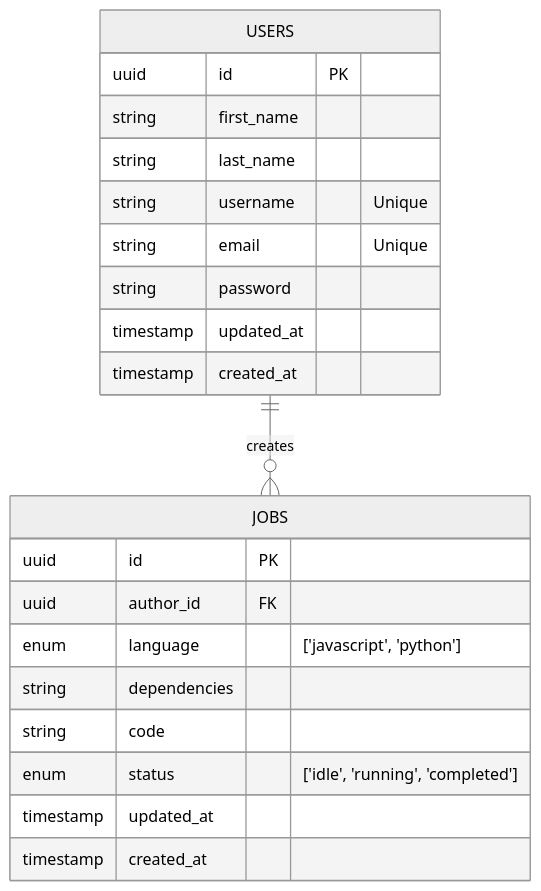
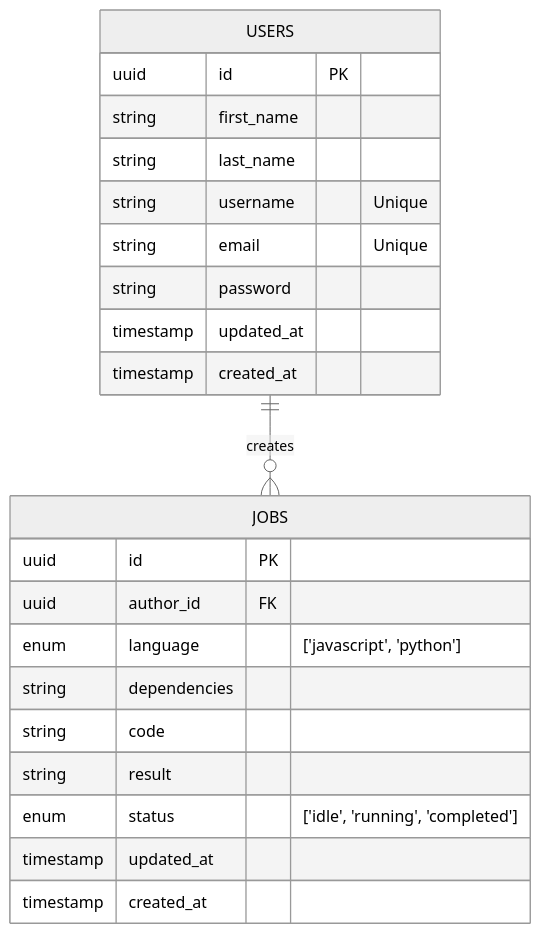
One commit to luisync/Job-Queue changed the diagram in README.md. Above: the diagram before and after it, drawn with Mermaid (neutral theme). The commit also changed other lines of this file, not shown here.

````diff
--- a/README.md
+++ b/README.md
@@ -12,24 +13,25 @@
 ```mermaid
 erDiagram
   USERS ||--o{ JOBS : creates
   USERS {
       uuid id PK
       string first_name
       string last_name
       string username "Unique"
       string email "Unique"
       string password
       timestamp updated_at
       timestamp created_at
   }
   JOBS {
       uuid id PK
       uuid author_id FK
       enum language "['javascript', 'python']"
       string dependencies
       string code
+      string result
       enum status "['idle', 'running', 'completed']"
       timestamp updated_at
       timestamp created_at
   }
 ```
````
